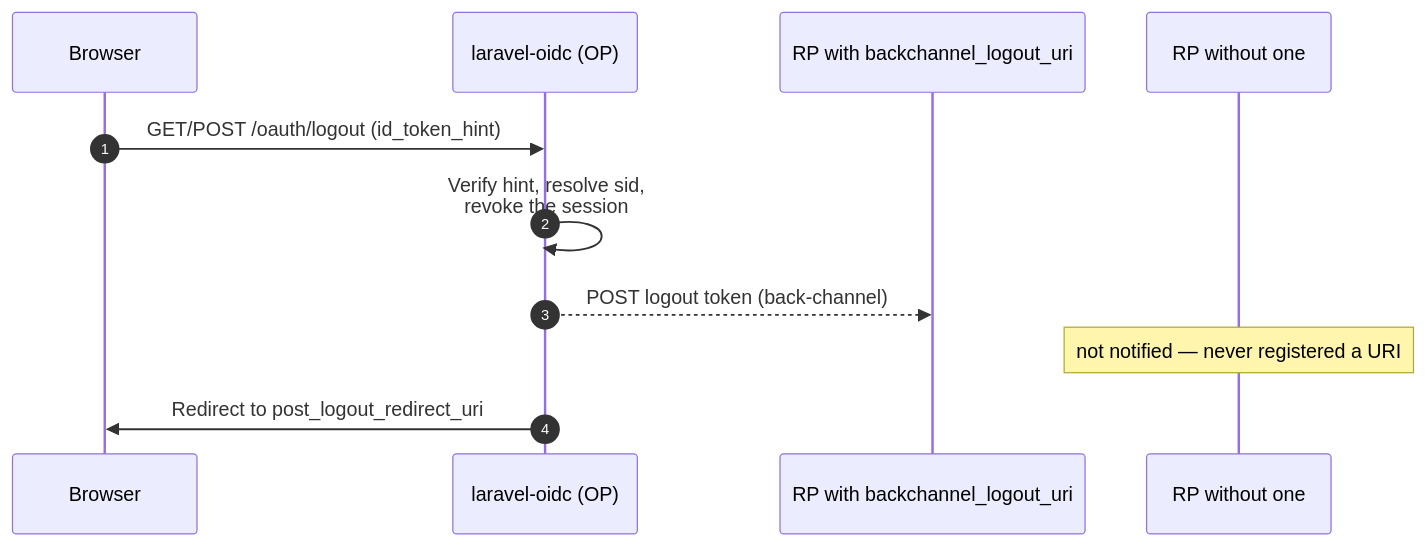
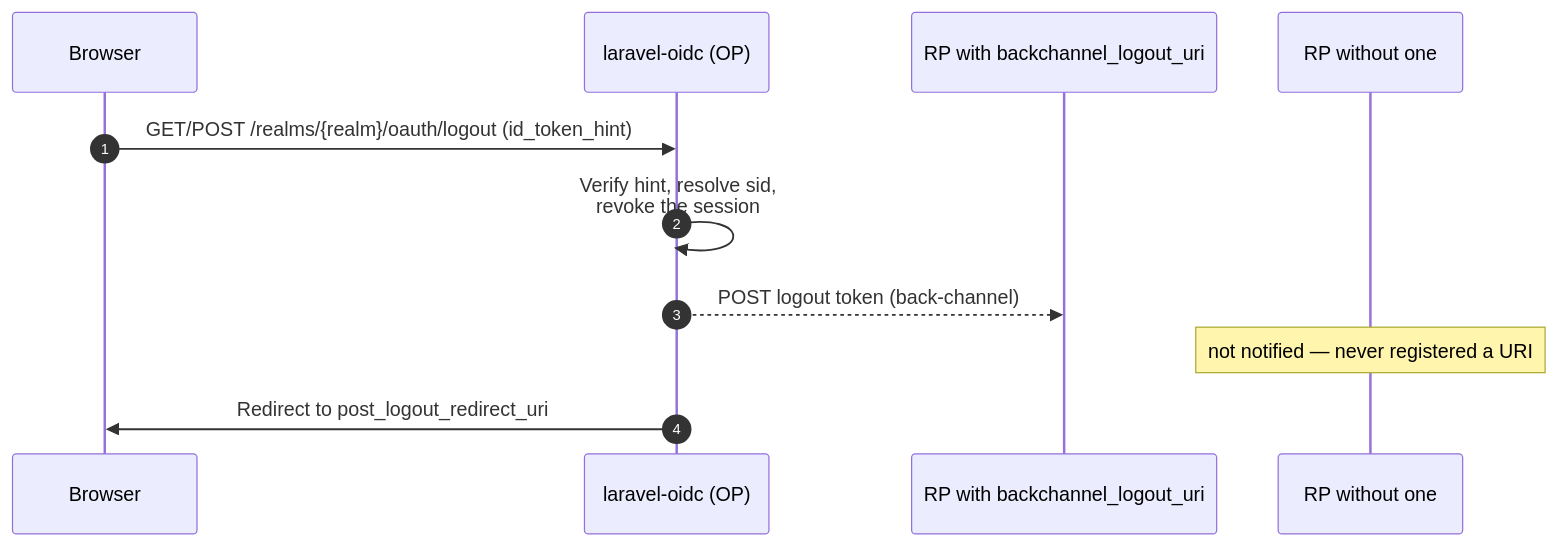
One commit to bambamboole/laravel-oidc changed the diagram in docs/content/docs/provider/logout.md. Above: the diagram before and after it, drawn with Mermaid. The commit also changed other lines of this file and 16 other files, not shown here.

````diff
--- a/docs/content/docs/provider/logout.md
+++ b/docs/content/docs/provider/logout.md
@@ -35,14 +35,14 @@
 ```mermaid
 sequenceDiagram
     autonumber
     participant B as Browser
     participant OP as laravel-oidc (OP)
     participant RP1 as RP with backchannel_logout_uri
     participant RP2 as RP without one
 
-    B->>OP: GET/POST /oauth/logout (id_token_hint)
+    B->>OP: GET/POST /realms/{realm}/oauth/logout (id_token_hint)
     OP->>OP: Verify hint, resolve sid,<br/>revoke the session
     OP-->>RP1: POST logout token (back-channel)
     Note over RP2: not notified — never registered a URI
     OP->>B: Redirect to post_logout_redirect_uri
 ```
````
